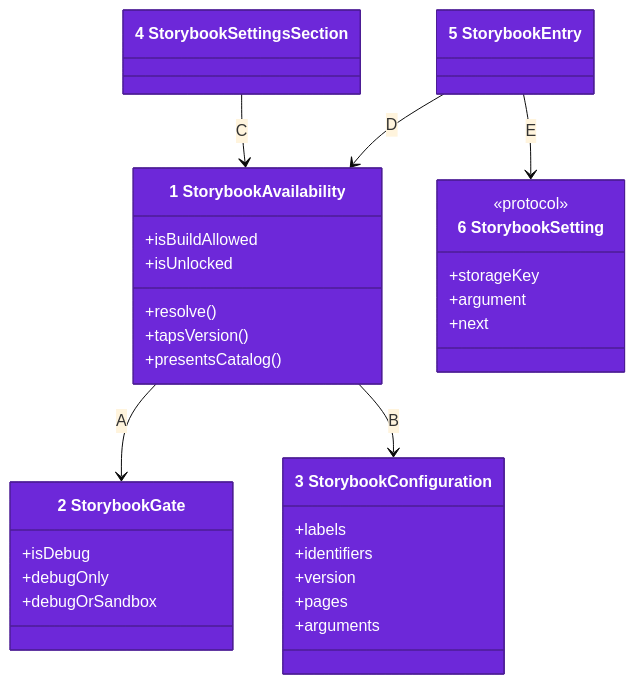
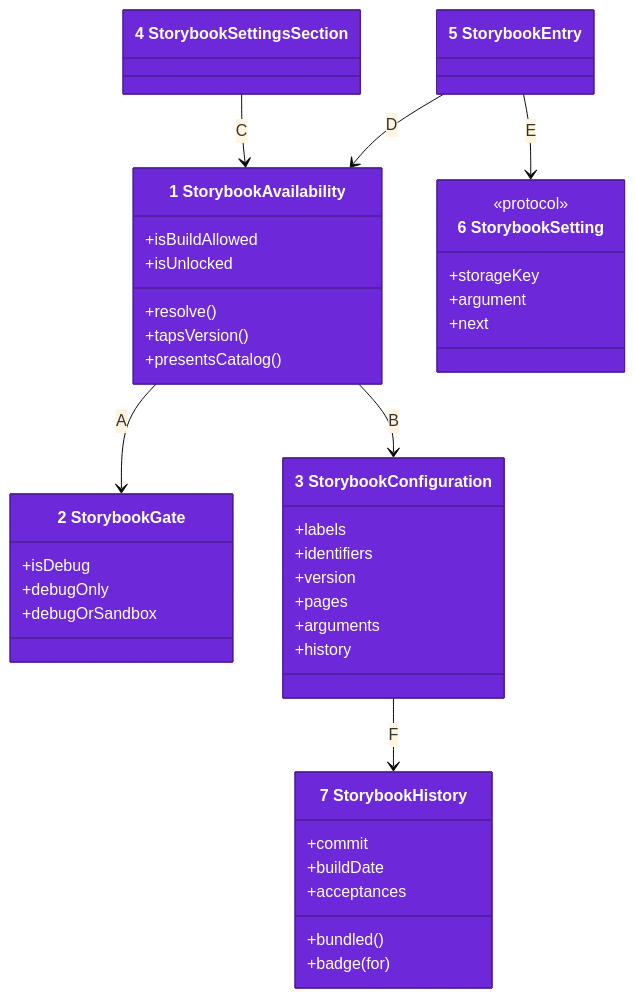
The first of 2 diagrams in Packages/Storybook/docs/architecture/04-code.md (may-journal/common-swift), drawn with Mermaid (base theme) before and after one commit. The commit also changed other lines of this file and 67 other files, not shown here.

First line of the commit message:
feat(storybook): badge new and changed pages from requirement history (#54)

````diff
--- a/Packages/Storybook/docs/architecture/04-code.md
+++ b/Packages/Storybook/docs/architecture/04-code.md
@@ -5,43 +5,53 @@
 ```mermaid
 classDiagram
     class StorybookAvailability["1 StorybookAvailability"] {
         +isBuildAllowed
         +isUnlocked
         +resolve()
         +tapsVersion()
         +presentsCatalog()
     }
     class StorybookGate["2 StorybookGate"] {
         +isDebug
         +debugOnly
         +debugOrSandbox
     }
     class StorybookConfiguration["3 StorybookConfiguration"] {
         +labels
         +identifiers
         +version
         +pages
         +arguments
+        +history
     }
     class StorybookSettingsSection["4 StorybookSettingsSection"]
     class StorybookEntry["5 StorybookEntry"]
+    class StorybookHistory["7 StorybookHistory"] {
+        +commit
+        +buildDate
+        +acceptances
+        +bundled()
+        +badge(for)
+    }
     class StorybookSetting["6 StorybookSetting"] {
         <<protocol>>
         +storageKey
         +argument
         +next
     }
 
     StorybookAvailability --> StorybookGate : A
     StorybookAvailability --> StorybookConfiguration : B
     StorybookSettingsSection --> StorybookAvailability : C
     StorybookEntry --> StorybookAvailability : D
     StorybookEntry --> StorybookSetting : E
+    StorybookConfiguration --> StorybookHistory : F
 
     style StorybookAvailability fill:#6d28d9,stroke:#4c1d95,color:#ffffff
     style StorybookGate fill:#6d28d9,stroke:#4c1d95,color:#ffffff
     style StorybookConfiguration fill:#6d28d9,stroke:#4c1d95,color:#ffffff
     style StorybookSettingsSection fill:#6d28d9,stroke:#4c1d95,color:#ffffff
     style StorybookEntry fill:#6d28d9,stroke:#4c1d95,color:#ffffff
     style StorybookSetting fill:#6d28d9,stroke:#4c1d95,color:#ffffff
+    style StorybookHistory fill:#6d28d9,stroke:#4c1d95,color:#ffffff
 ```
````
